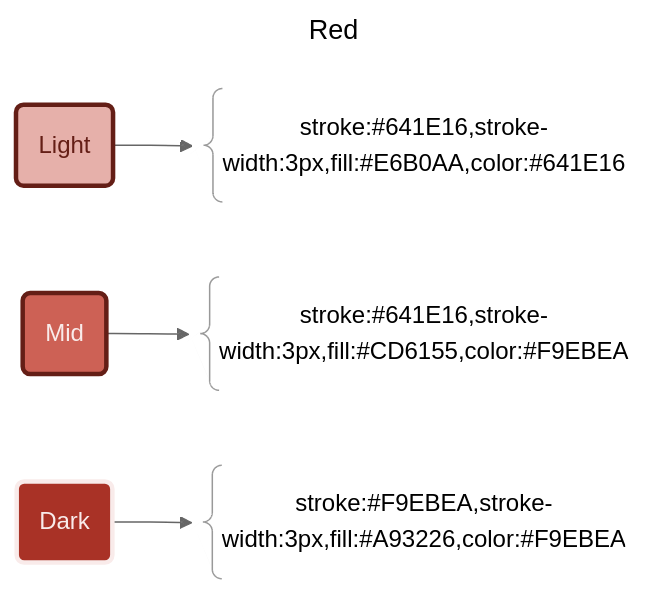
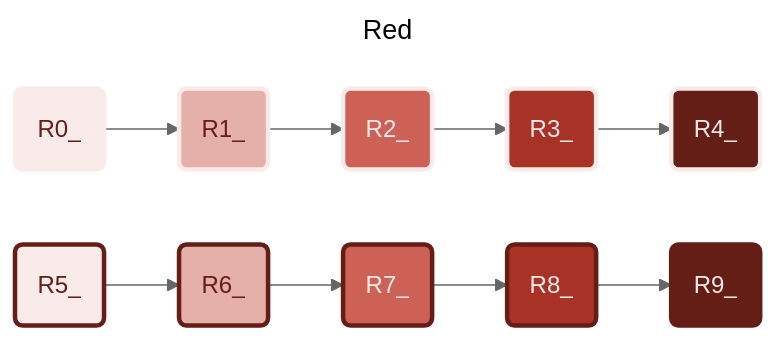
Before and after one commit to APrettyCoolProgram/aprettycoolprogram: the fifth of 14 diagrams in profile/mermaid/mermaid.md, drawn with Mermaid (neutral theme). The commit also changed other lines of this file, not shown here.

````diff
--- a/profile/mermaid/mermaid.md
+++ b/profile/mermaid/mermaid.md
@@ -176,24 +176,31 @@
 ```mermaid
 ---
 title: Red
 ---
 flowchart LR
   %% Components
-  Light@{shape: rounded, label: "Light"}
-  LightString@{shape: brace, label: "stroke:#641E16,stroke-width:3px,fill:#E6B0AA,color:#641E16"}
-  Mid@{shape: rounded, label: "Mid"}
-  MidString@{shape: brace, label: "stroke:#641E16,stroke-width:3px,fill:#CD6155,color:#F9EBEA"}
-  Dark@{shape: rounded, label: "Dark"}
-  DarkString@{shape: brace, label: "stroke:#F9EBEA,stroke-width:3px,fill:#A93226,color:#F9EBEA"}
+  R0@{shape: rounded, label: "R0_"}
+  R1@{shape: rounded, label: "R1_"}
+  R2@{shape: rounded, label: "R2_"}
+  R3@{shape: rounded, label: "R3_"}
+  R4@{shape: rounded, label: "R4_"}
+  R5@{shape: rounded, label: "R5_"}
+  R6@{shape: rounded, label: "R6_"}
+  R7@{shape: rounded, label: "R7_"}
+  R8@{shape: rounded, label: "R8_"}
+  R9@{shape: rounded, label: "R9_"}
   %% Layout
-  Light --> LightString
-  Mid --> MidString
-  Dark --> DarkString
+  R0:::R0_ --> R1:::R1_ --> R2:::R2_ --> R3:::R3_ --> R4:::R4_
+  R5:::R5_ --> R6:::R6_ --> R7:::R7_ --> R8:::R8_ --> R9:::R9_ 
   %% Styles
-  classDef Light stroke:#641E16,stroke-width:3px,fill:#E6B0AA,color:#641E16
-  classDef Mid stroke:#641E16,stroke-width:3px,fill:#CD6155,color:#F9EBEA
-  classDef Dark stroke:#F9EBEA,stroke-width:3px,fill:#A93226,color:#F9EBEA
-  class Light Light
-  class Mid Mid
-  class Dark Dark
+  classDef R0_ stroke:#f9ebea,stroke-width:3px,fill:#f9ebea,color:#641e16
+  classDef R1_ stroke:#f9ebea,stroke-width:3px,fill:#E6B0AA,color:#641e16
+  classDef R2_ stroke:#f9ebea,stroke-width:3px,fill:#CD6155,color:#f9ebea
+  classDef R3_ stroke:#f9ebea,stroke-width:3px,fill:#A93226,color:#f9ebea
+  classDef R4_ stroke:#f9ebea,stroke-width:3px,fill:#641e16,color:#f9ebea
+  classDef R5_ stroke:#641e16,stroke-width:3px,fill:#f9ebea,color:#641e16
+  classDef R6_ stroke:#641e16,stroke-width:3px,fill:#E6B0AA,color:#641e16
+  classDef R7_ stroke:#641e16,stroke-width:3px,fill:#CD6155,color:#f9ebea
+  classDef R8_ stroke:#641e16,stroke-width:3px,fill:#A93226,color:#f9ebea
+  classDef R9_ stroke:#641e16,stroke-width:3px,fill:#641e16,color:#f9ebea
 ```
````
